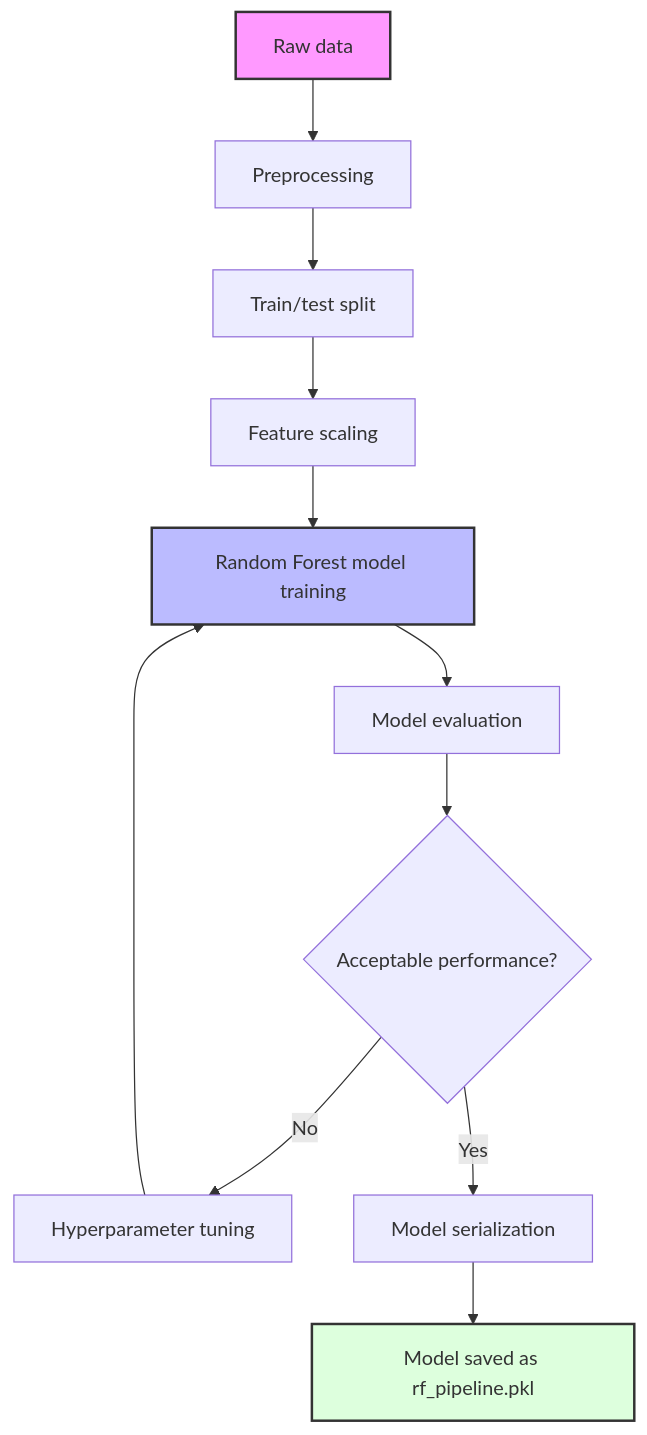
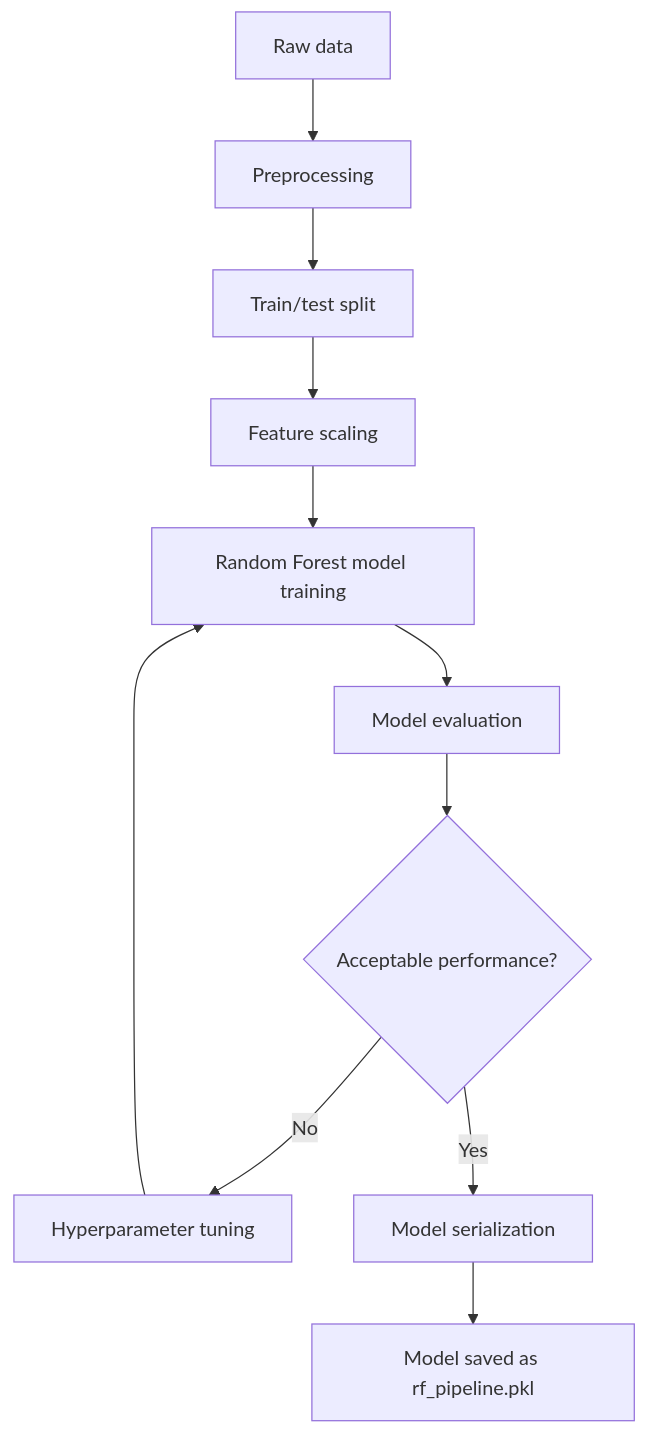
Before and after one commit to Dylalva/TeenSmartInsight: the second of 4 diagrams in docs/WORKFLOW_DIAGRAM.md, drawn with Mermaid. The commit also changed other lines of this file and 5 other files, not shown here.

````diff
--- a/docs/WORKFLOW_DIAGRAM.md
+++ b/docs/WORKFLOW_DIAGRAM.md
@@ -32,17 +28,13 @@
 ```mermaid
 flowchart TD
     A[Raw data] --> B[Preprocessing]
     B --> C[Train/test split]
     C --> D[Feature scaling]
     D --> E[Random Forest model training]
     E --> F[Model evaluation]
     F --> G{Acceptable performance?}
     G -->|No| H[Hyperparameter tuning]
     H --> E
     G -->|Yes| I[Model serialization]
     I --> J[Model saved as rf_pipeline.pkl]
-    
-    style A fill:#f9f,stroke:#333,stroke-width:2px
-    style E fill:#bbf,stroke:#333,stroke-width:2px
-    style J fill:#dfd,stroke:#333,stroke-width:2px
 ```
````
